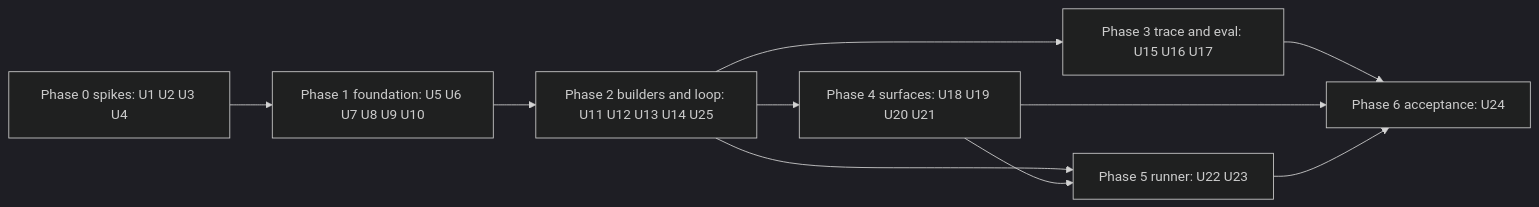
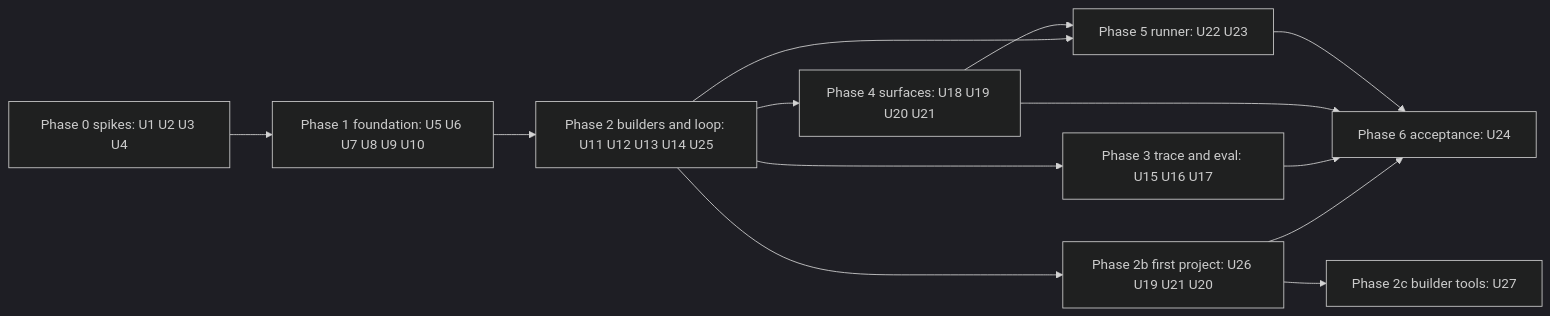
One commit to philgutowski/Phactory changed the sixth of 6 diagrams in docs/plans/2026-10-14-1730-feat-slipway-first-version-plan.md. Above: the diagram before and after it, drawn with Mermaid (dark theme). The commit also changed other lines of this file and 8 other files, not shown here.

````diff
--- a/docs/plans/2026-10-14-1730-feat-slipway-first-version-plan.md
+++ b/docs/plans/2026-10-14-1730-feat-slipway-first-version-plan.md
@@ -592,12 +604,15 @@
 ```mermaid
 flowchart LR
   P0[Phase 0 spikes: U1 U2 U3 U4] --> P1[Phase 1 foundation: U5 U6 U7 U8 U9 U10]
   P1 --> P2[Phase 2 builders and loop: U11 U12 U13 U14 U25]
   P2 --> P3[Phase 3 trace and eval: U15 U16 U17]
   P2 --> P4[Phase 4 surfaces: U18 U19 U20 U21]
   P2 --> P5[Phase 5 runner: U22 U23]
   P4 --> P5
+  P2 --> P7[Phase 2b first project: U26 U19 U21 U20]
+  P7 --> P8[Phase 2c builder tools: U27]
+  P7 --> P6
   P3 --> P6[Phase 6 acceptance: U24]
   P4 --> P6
   P5 --> P6
 ```
````
